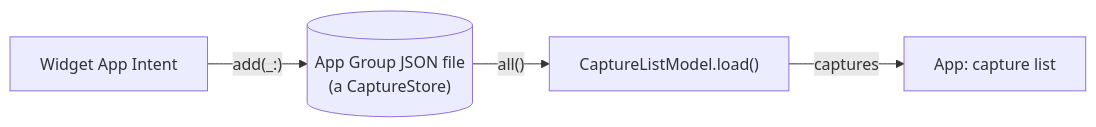
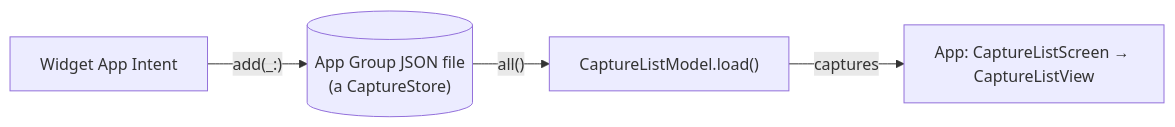
One commit to southp/buffer-snap changed the second of 2 diagrams in docs/architecture.md. Above: the diagram before and after it, drawn with Mermaid. The commit also changed other lines of this file and 1 other file, not shown here.

First line of the commit message:
Docs: Describe the app's view conventions

````diff
--- a/docs/architecture.md
+++ b/docs/architecture.md
@@ -67,6 +70,6 @@
 ```mermaid
 flowchart LR
     Intent["Widget App Intent"] -->|"add(_:)"| Store[("App Group JSON file<br/>(a CaptureStore)")]
     Store -->|"all()"| List["CaptureListModel.load()"]
-    List -->|captures| View["App: capture list"]
+    List -->|captures| View["App: CaptureListScreen → CaptureListView"]
 ```
````
